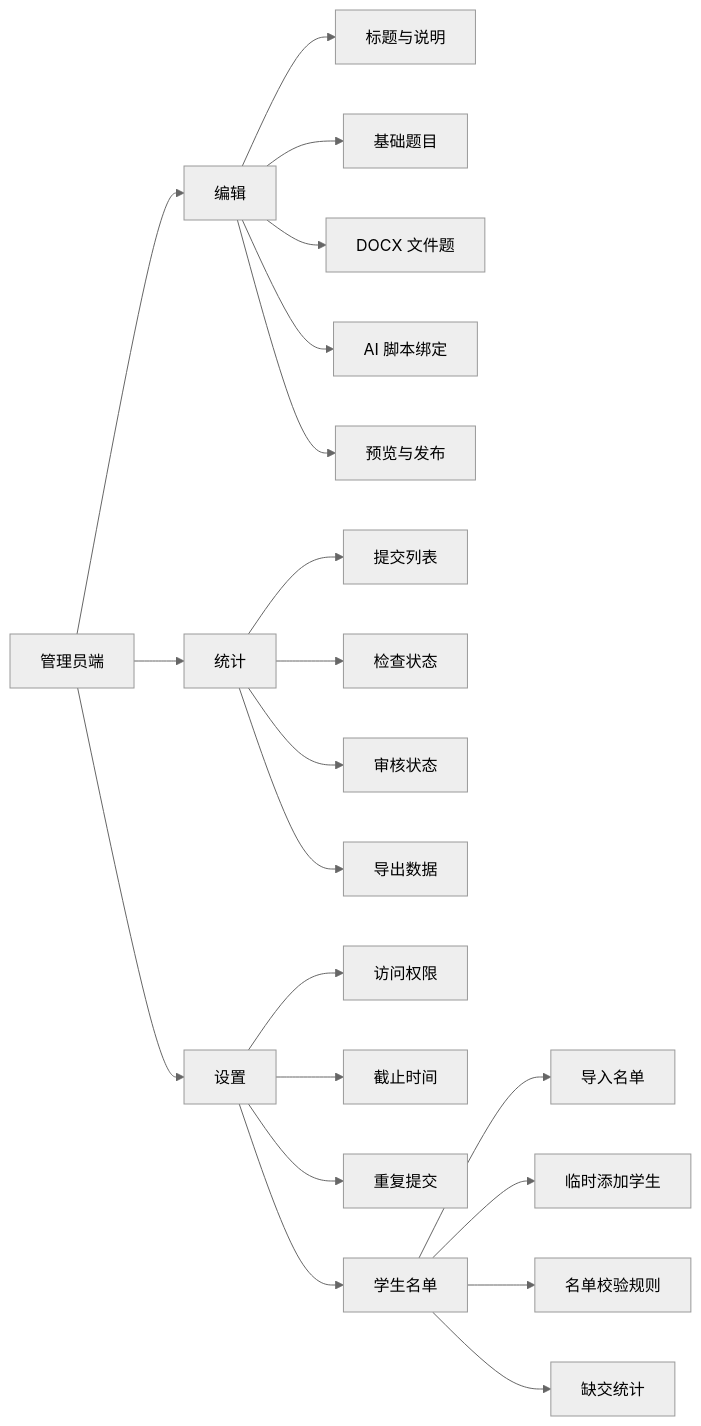
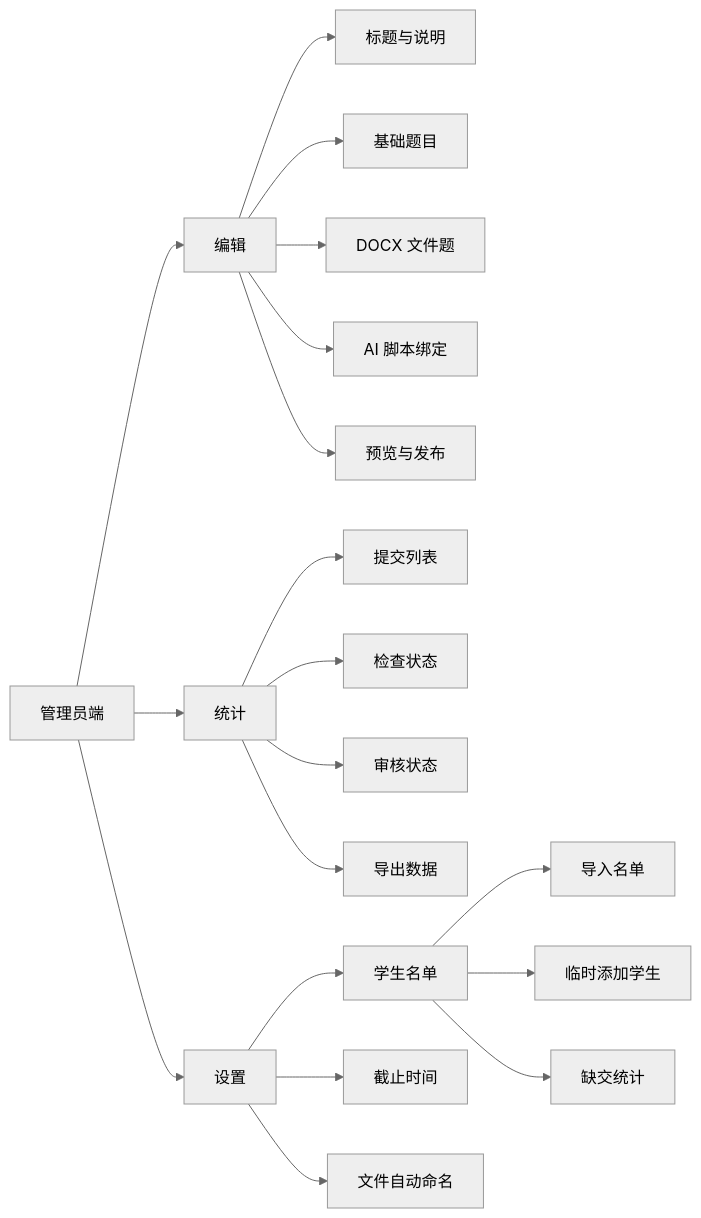
Before and after one commit to layerism/moyin: the first of 4 diagrams in docs/03_design_diagram.md, drawn with Mermaid (neutral theme). The commit also changed other lines of this file and 1 other file, not shown here.

````diff
--- a/docs/03_design_diagram.md
+++ b/docs/03_design_diagram.md
@@ -5,26 +5,24 @@
 ```mermaid
 flowchart LR
   A["管理员端"] --> B["编辑"]
   A --> C["统计"]
   A --> D["设置"]
 
   B --> B1["标题与说明"]
   B --> B2["基础题目"]
   B --> B3["DOCX 文件题"]
   B --> B4["AI 脚本绑定"]
   B --> B5["预览与发布"]
 
   C --> C1["提交列表"]
   C --> C2["检查状态"]
   C --> C3["审核状态"]
   C --> C4["导出数据"]
 
-  D --> D1["访问权限"]
+  D --> D1["学生名单"]
   D --> D2["截止时间"]
-  D --> D3["重复提交"]
-  D --> D4["学生名单"]
-  D4 --> D41["导入名单"]
-  D4 --> D42["临时添加学生"]
-  D4 --> D43["名单校验规则"]
-  D4 --> D44["缺交统计"]
+  D --> D3["文件自动命名"]
+  D1 --> D11["导入名单"]
+  D1 --> D12["临时添加学生"]
+  D1 --> D13["缺交统计"]
 ```
````
